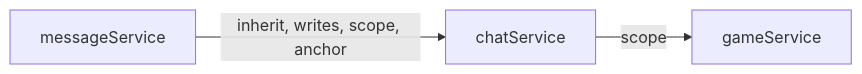
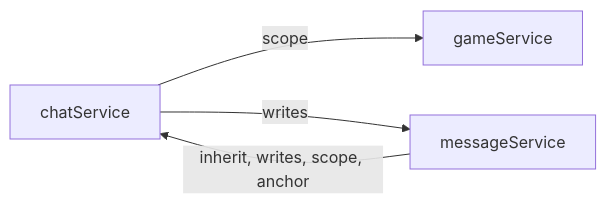
One commit to fitzzero/quickdraw-chat changed the diagram in docs/api/README.md. Above: the diagram before and after it, drawn with Mermaid. The commit also changed 6 other files, not shown here.

````diff
--- a/docs/api/README.md
+++ b/docs/api/README.md
@@ -21,5 +21,6 @@
 ```mermaid
 graph LR
   chatService -->|scope| gameService
+  chatService -->|writes| messageService
   messageService -->|inherit, writes, scope, anchor| chatService
 ```
````
